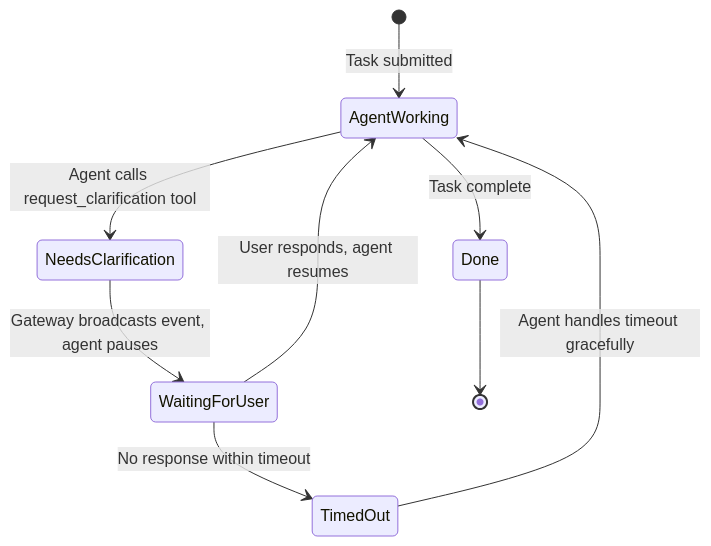
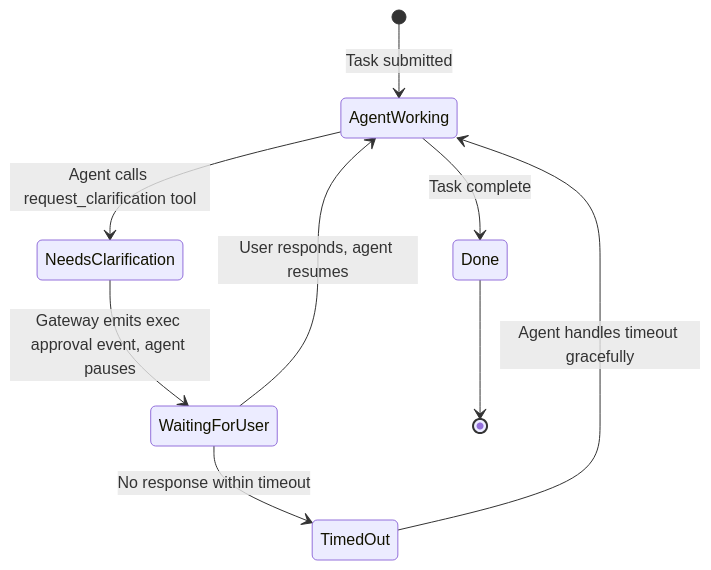
The second of 2 diagrams in brainstorm/features/error-handling.md (1qh/claw), drawn with Mermaid before and after one commit. The commit also changed other lines of this file and 17 other files, not shown here.

Commit message:
Comprehensive fix: 27 remaining issues from round 1+2 — stack gaps, security hardening, cost estimates, deferred features, schema corrections

````diff
--- a/brainstorm/features/error-handling.md
+++ b/brainstorm/features/error-handling.md
@@ -90,11 +91,11 @@
 ```mermaid
 stateDiagram-v2
     [*] --> AgentWorking: Task submitted
     AgentWorking --> NeedsClarification: Agent calls request_clarification tool
-    NeedsClarification --> WaitingForUser: Gateway broadcasts event, agent pauses
+    NeedsClarification --> WaitingForUser: Gateway emits exec approval event, agent pauses
     WaitingForUser --> AgentWorking: User responds, agent resumes
     WaitingForUser --> TimedOut: No response within timeout
     TimedOut --> AgentWorking: Agent handles timeout gracefully
     AgentWorking --> Done: Task complete
     Done --> [*]
 ```
````
